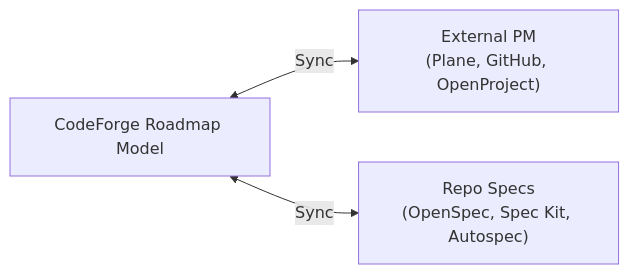
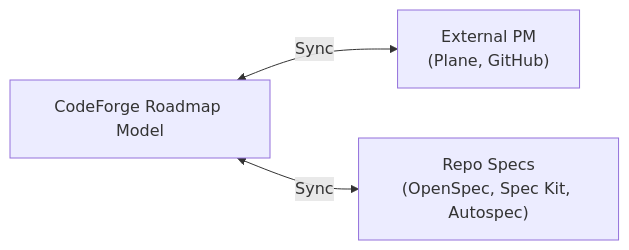
Before and after one commit to Strob0t/CodeForge: the diagram in docs/features/02-roadmap-feature-map.md, drawn with Mermaid. The commit also changed other lines of this file and 17 other files, not shown here.

````diff
--- a/docs/features/02-roadmap-feature-map.md
+++ b/docs/features/02-roadmap-feature-map.md
@@ -43,9 +43,10 @@
 ```mermaid
 flowchart LR
     CF["CodeForge Roadmap Model"]
-    PM["External PM\n(Plane, GitHub, OpenProject)"]
+    PM["External PM\n(Plane, GitHub)"]
+    %% NOTE: OpenProject integration is NOT IMPLEMENTED as of 2026-03-22
     SPECS["Repo Specs\n(OpenSpec, Spec Kit, Autospec)"]
 
     CF <-- "Sync" --> PM
     CF <-- "Sync" --> SPECS
 ```
````
